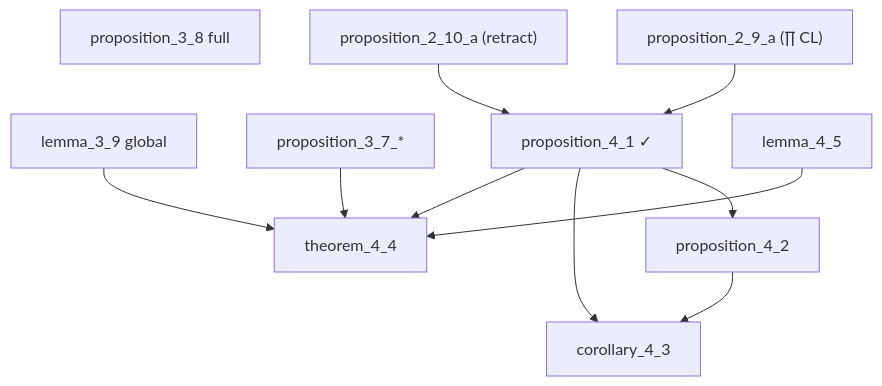
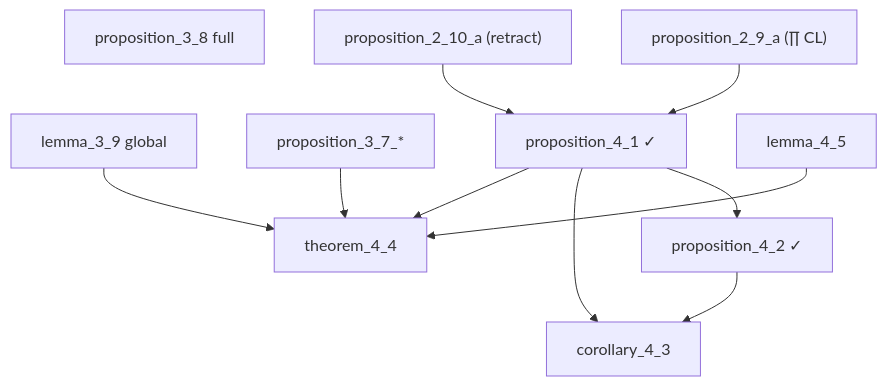
Before and after one commit to catskillsresearch/domain_theory: the sixth of 8 diagrams in arxiv.md, drawn with Mermaid. The commit also changed other lines of this file and 2 other files, not shown here.

First line of the commit message:
feat(InverseLimits): complete Proposition 4.2 — establish projections `j_{∞n}` and embeddings `i_{n∞}`

````diff
--- a/arxiv.md
+++ b/arxiv.md
@@ -386,23 +386,23 @@
 ```mermaid
 flowchart TD
   P38["proposition_3_8 full"]
   L39["lemma_3_9 global"]
   P37["proposition_3_7_*"]
   P29a["proposition_2_9_a (∏ CL)"]
   P210a["proposition_2_10_a (retract)"]
   P41["proposition_4_1 ✓"]
-  P42["proposition_4_2"]
+  P42["proposition_4_2 ✓"]
   C43["corollary_4_3"]
   L45["lemma_4_5"]
   T44["theorem_4_4"]
 
   P29a --> P41
   P210a --> P41
   P41 --> P42
   P41 --> C43
   P42 --> C43
   P41 --> T44
   P37 --> T44
   L45 --> T44
   L39 --> T44
 ```
````
